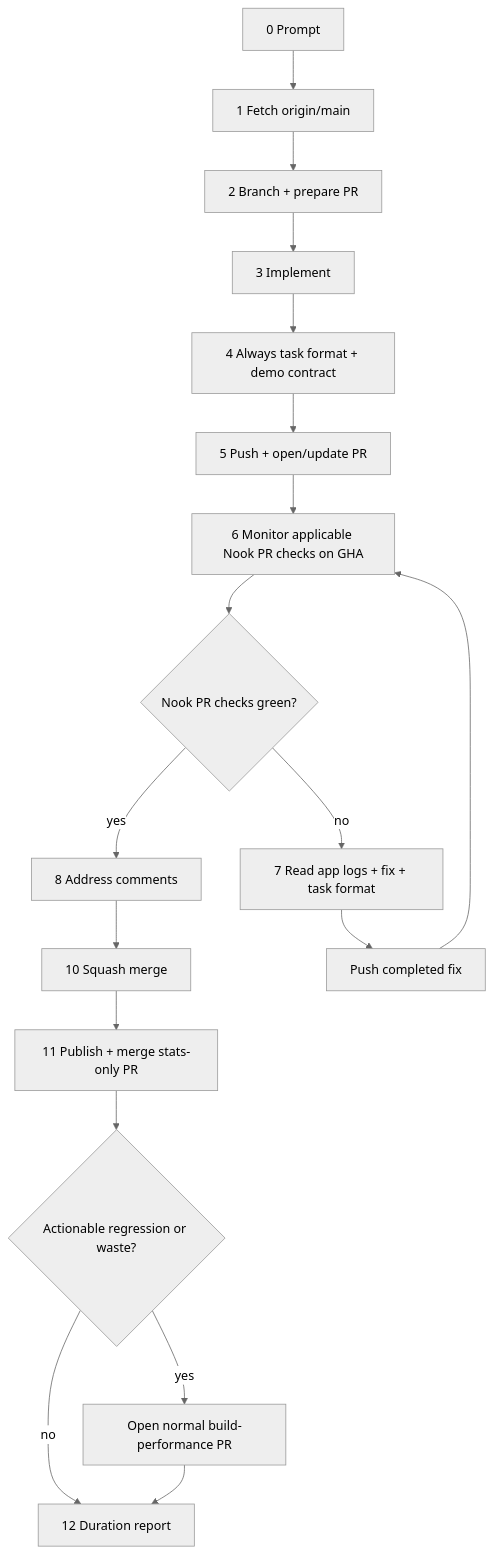
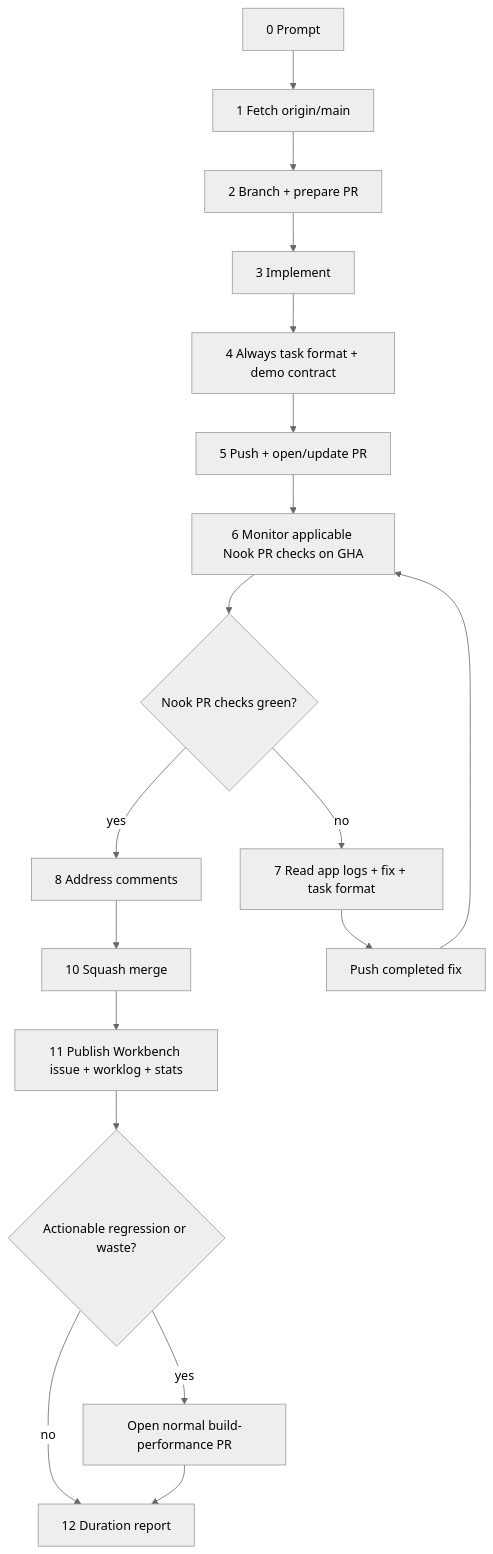
One commit to meta-secret/nook changed the diagram in .cortex/workflows/coding-bro.md. Above: the diagram before and after it, drawn with Mermaid (neutral theme). The commit also changed other lines of this file and 178 other files, not shown here.

````diff
--- a/.cortex/workflows/coding-bro.md
+++ b/.cortex/workflows/coding-bro.md
@@ -219,20 +221,20 @@
 ```mermaid
 flowchart TD
   P[0 Prompt] --> F[1 Fetch origin/main]
   F --> B[2 Branch + prepare PR]
   B --> I[3 Implement]
   I --> H[4 Always task format + demo contract]
   H --> PU[5 Push + open/update PR]
   PU --> PR[6 Monitor applicable Nook PR checks on GHA]
   PR --> G{Nook PR checks green?}
   G -->|yes| C[8 Address comments]
   C --> M[10 Squash merge]
   G -->|no| FIX[7 Read app logs + fix + task format]
   FIX --> PUSH[Push completed fix]
   PUSH --> PR
-  M --> S[11 Publish + merge stats-only PR]
+  M --> S[11 Publish Workbench issue + worklog + stats]
   S --> W{Actionable regression or waste?}
   W -->|yes| BP[Open normal build-performance PR]
   W -->|no| D[12 Duration report]
   BP --> D
 ```
````
